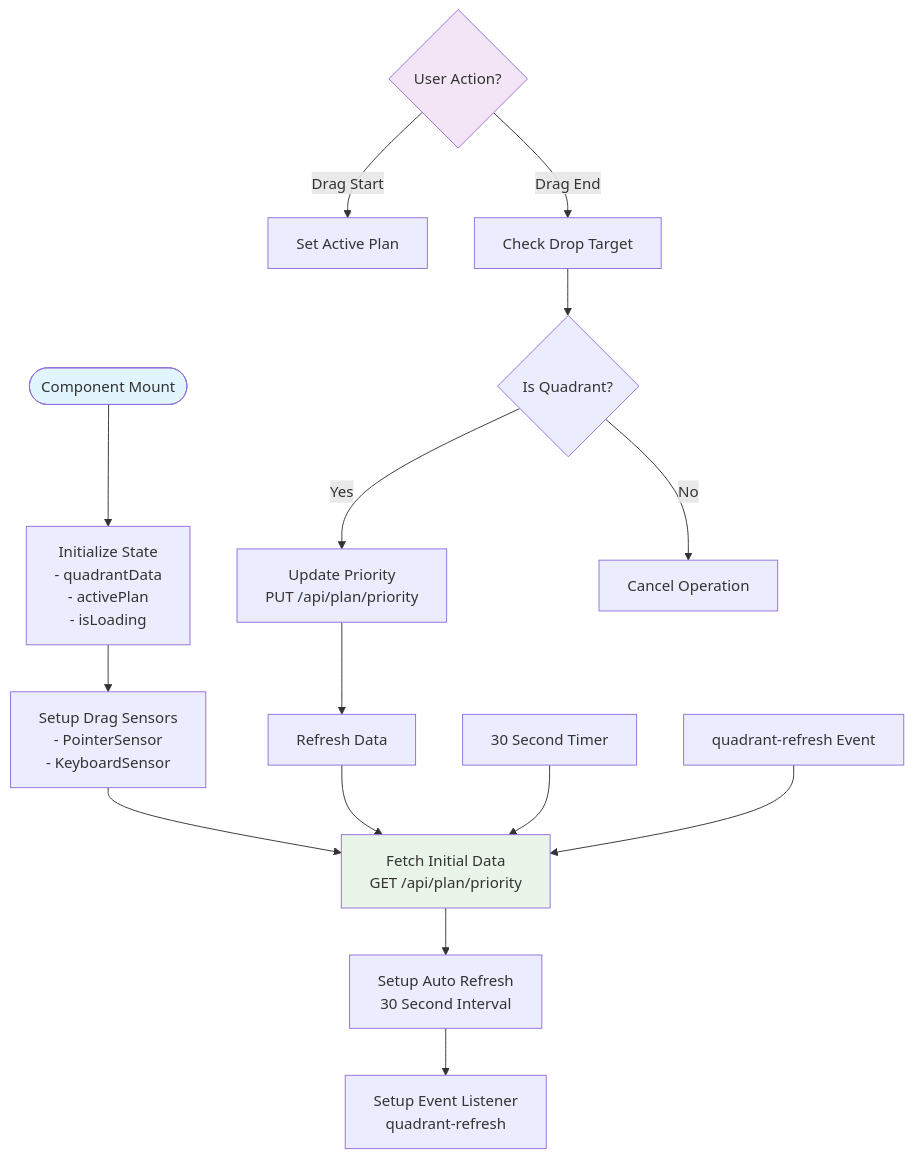
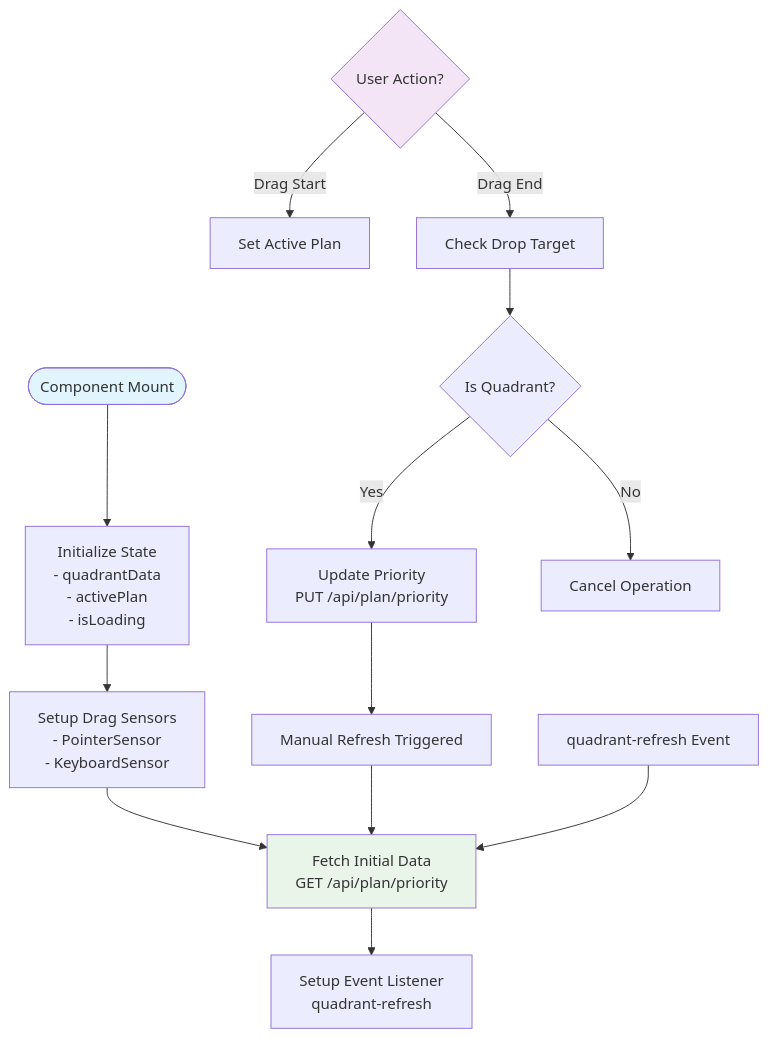
Before and after one commit to peixuanhu/goal-mate: the fourth of 8 diagrams in .qoder/repowiki/en/content/Quadrant Left Sidebar.md, drawn with Mermaid. The commit also changed other lines of this file and 2 other files, not shown here.

First line of the commit message:
docs(quadrant-left-sidebar): update docs to reflect event-driven refresh model

````diff
--- a/.qoder/repowiki/en/content/Quadrant Left Sidebar.md
+++ b/.qoder/repowiki/en/content/Quadrant Left Sidebar.md
@@ -168,20 +176,18 @@
 ```mermaid
 flowchart TD
 Start([Component Mount]) --> InitState["Initialize State<br/>- quadrantData<br/>- activePlan<br/>- isLoading"]
 InitState --> SetupSensors["Setup Drag Sensors<br/>- PointerSensor<br/>- KeyboardSensor"]
 SetupSensors --> FetchData["Fetch Initial Data<br/>GET /api/plan/priority"]
-FetchData --> SetupTimer["Setup Auto Refresh<br/>30 Second Interval"]
-SetupTimer --> SetupListener["Setup Event Listener<br/>quadrant-refresh"]
+FetchData --> SetupListener["Setup Event Listener<br/>quadrant-refresh"]
 UserAction{"User Action?"} --> |Drag Start| SetActivePlan["Set Active Plan"]
 UserAction --> |Drag End| CheckDrop["Check Drop Target"]
 CheckDrop --> IsQuadrant{"Is Quadrant?"}
 IsQuadrant --> |Yes| UpdatePriority["Update Priority<br/>PUT /api/plan/priority"]
 IsQuadrant --> |No| CancelDrag["Cancel Operation"]
-UpdatePriority --> RefreshData["Refresh Data"]
+UpdatePriority --> RefreshData["Manual Refresh Triggered"]
 RefreshData --> FetchData
-TimerEvent["30 Second Timer"] --> FetchData
 CustomEvent["quadrant-refresh Event"] --> FetchData
 style Start fill:#e1f5fe
 style UserAction fill:#f3e5f5
 style FetchData fill:#e8f5e8
 ```
````
